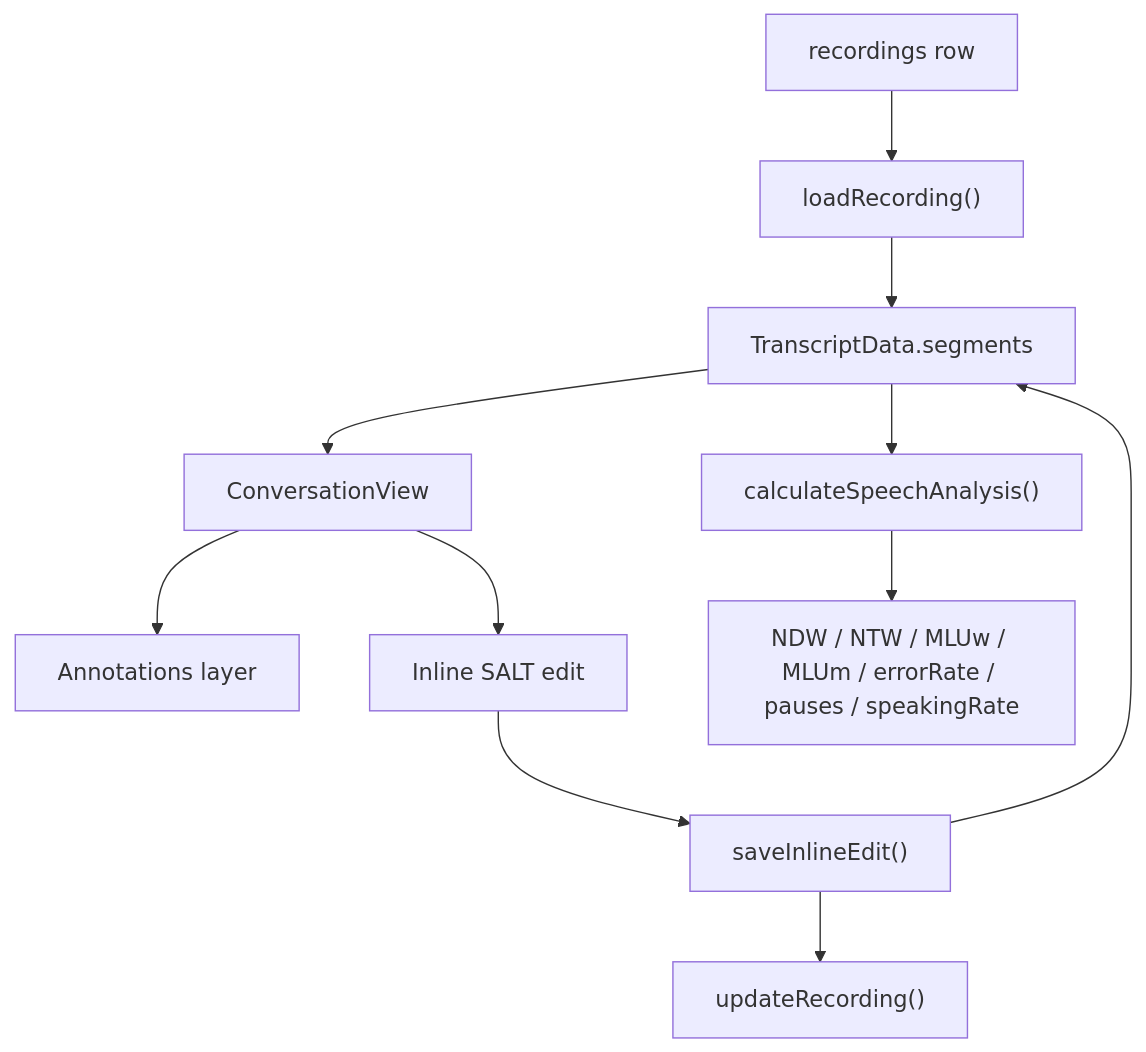
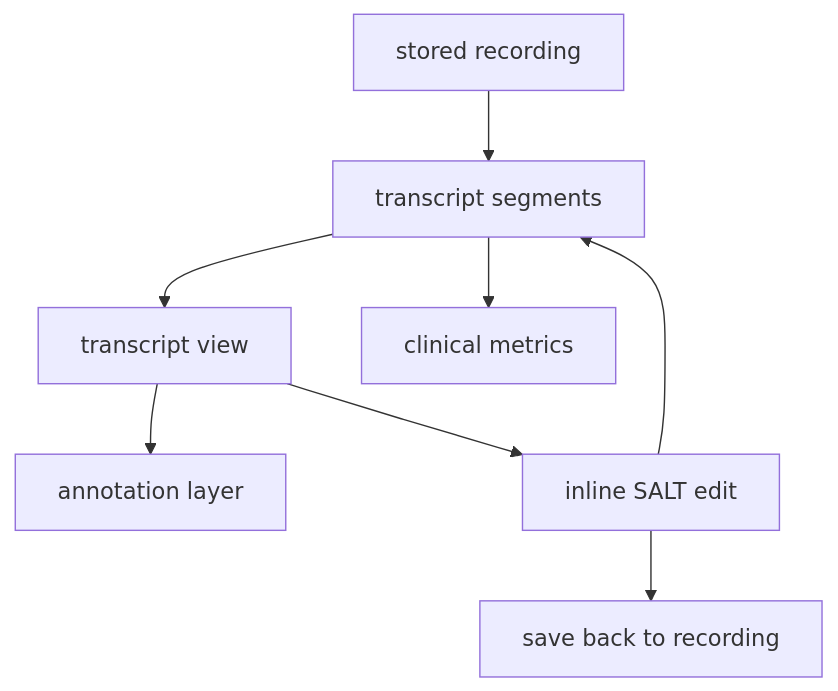
Before and after one commit to Longcao24/sate-companion: the second of 3 diagrams in docs-site/docs/guides/web-app.md, drawn with Mermaid. The commit also changed other lines of this file and 17 other files, not shown here.

First line of the commit message:
docs-site: generalize published docs + add system-overview diagram

````diff
--- a/docs-site/docs/guides/web-app.md
+++ b/docs-site/docs/guides/web-app.md
@@ -222,13 +142,10 @@
 ```mermaid
 flowchart TD
-    A["recordings row"] --> B["loadRecording()"]
-    B --> C["TranscriptData.segments"]
-    C --> D["ConversationView"]
-    D --> E["Annotations layer"]
-    D --> F["Inline SALT edit"]
-    F --> G["saveInlineEdit()"]
-    G --> C
-    C --> H["calculateSpeechAnalysis()"]
-    H --> I["NDW / NTW / MLUw / MLUm / errorRate / pauses / speakingRate"]
-    G --> J["updateRecording()"]
+    A["stored recording"] --> B["transcript segments"]
+    B --> C["transcript view"]
+    C --> D["annotation layer"]
+    C --> F["inline SALT edit"]
+    F --> B
+    B --> H["clinical metrics"]
+    F --> J["save back to recording"]
 ```
````
